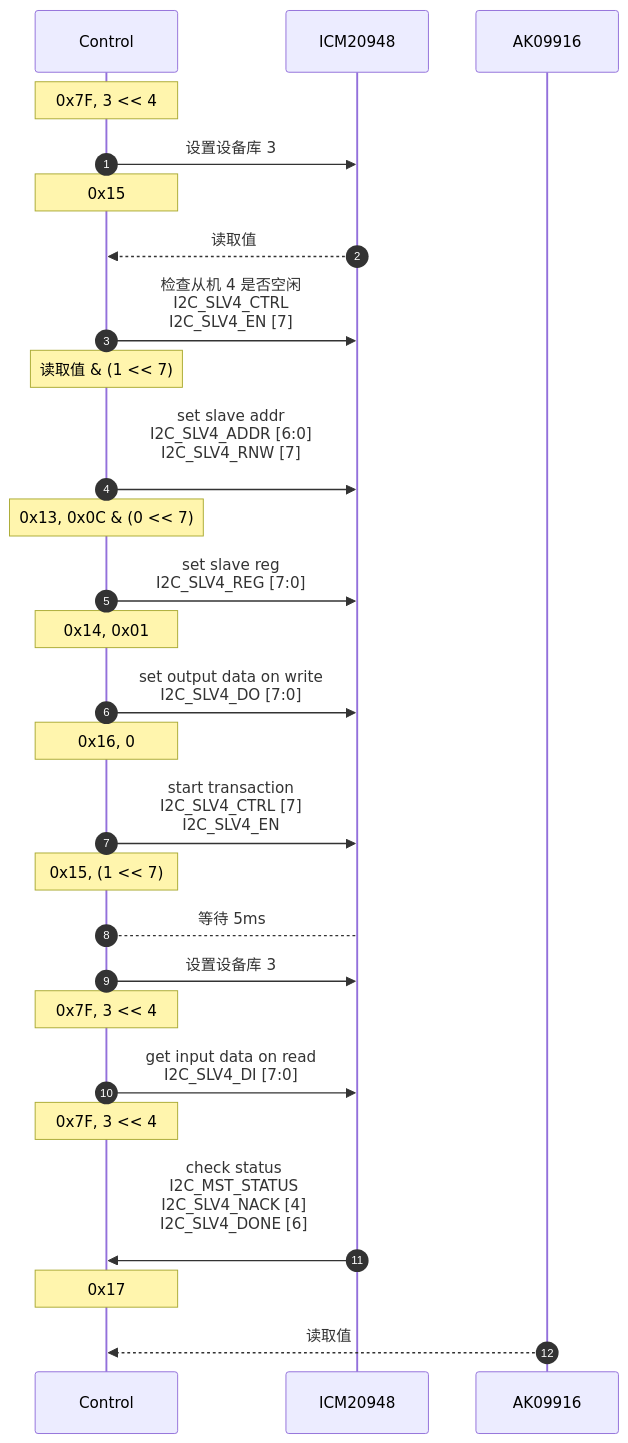
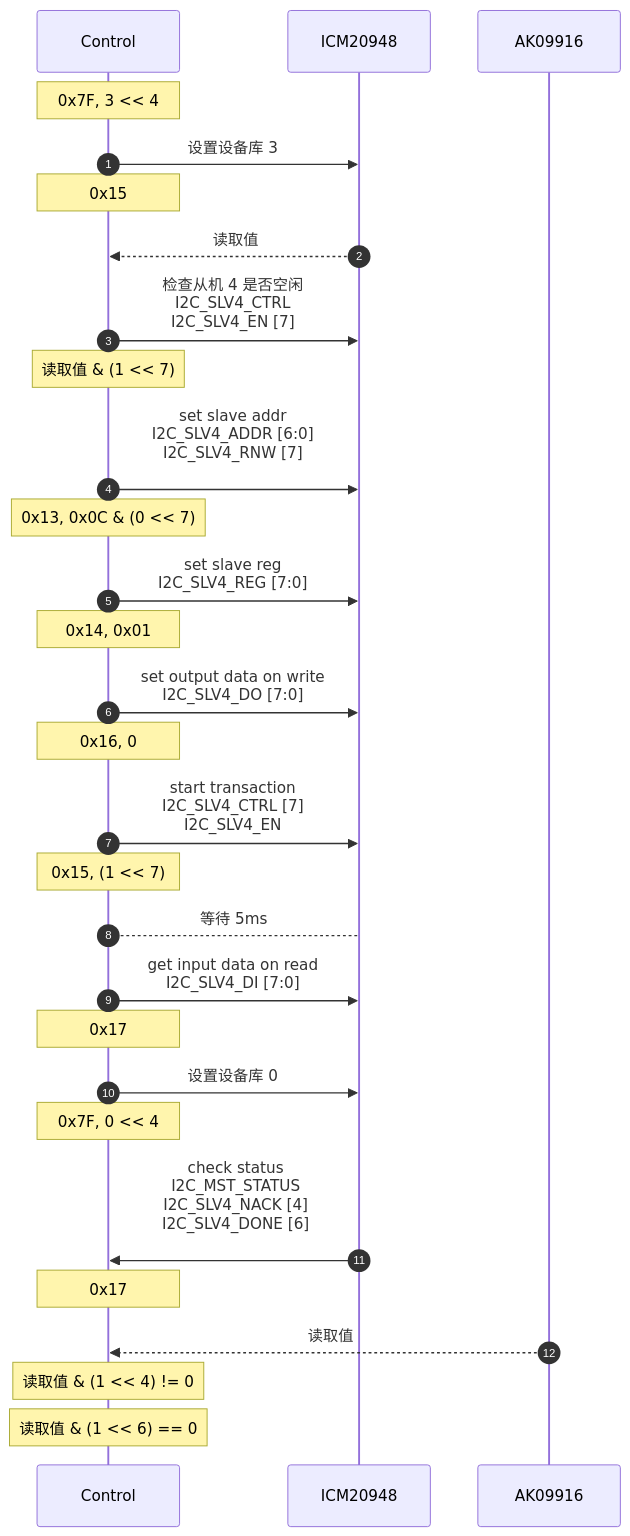
One commit to hkdickyko/hkdickyko.github.io changed the sixth of 6 diagrams in _posts/2025-04-06-mdchart.md. Above: the diagram before and after it, drawn with Mermaid.

```diff
--- a/_posts/2025-04-06-mdchart.md
+++ b/_posts/2025-04-06-mdchart.md
@@ -282,31 +284,31 @@
 <div class="mermaid">
 sequenceDiagram;
    autonumber;
    participant C as Control;
    participant I as ICM20948;
    participant A as AK09916;
    note over C: 0x7F, 3 << 4;
    C->>I: 设置设备库 3;
    note over C: 0x15;
    I-->>C: 读取值;
    C->>I: 检查从机 4 是否空闲<br/>I2C_SLV4_CTRL<br/>I2C_SLV4_EN [7];
    note over C: 读取值 & (1 << 7);
    C->>I: set slave addr<br/>I2C_SLV4_ADDR [6:0]<br/>I2C_SLV4_RNW [7]<br/>;
    note over C: 0x13, 0x0C & (0 << 7);
    C->>I: set slave reg<br/>I2C_SLV4_REG [7:0];
    note over C: 0x14, 0x01;   
    C->>I: set output data on write<br/>I2C_SLV4_DO [7:0];
    note over C: 0x16, 0; 
    C->>I: start transaction<br/>I2C_SLV4_CTRL [7] <br/>I2C_SLV4_EN;
    note over C: 0x15, (1 << 7);   
    C-->I: 等待 5ms;
-   C->>I: 设置设备库 3;
-   note over C: 0x7F, 3 << 4;
    C->>I: get input data on read<br/>I2C_SLV4_DI [7:0];
-   note over C: 0x7F, 3 << 4;
+   note over C: 0x17;
+   C->>I: 设置设备库 0;
+   note over C: 0x7F, 0 << 4;
    I->>C: check status<br/>I2C_MST_STATUS<br/>I2C_SLV4_NACK [4]<br/>I2C_SLV4_DONE [6]<br/>;
    note over C: 0x17;
    A-->>C: 读取值; 
-
-
+   note over C: 读取值 & (1 << 4) != 0;
+   note over C: 读取值 & (1 << 6) == 0;  
 </div>
```
